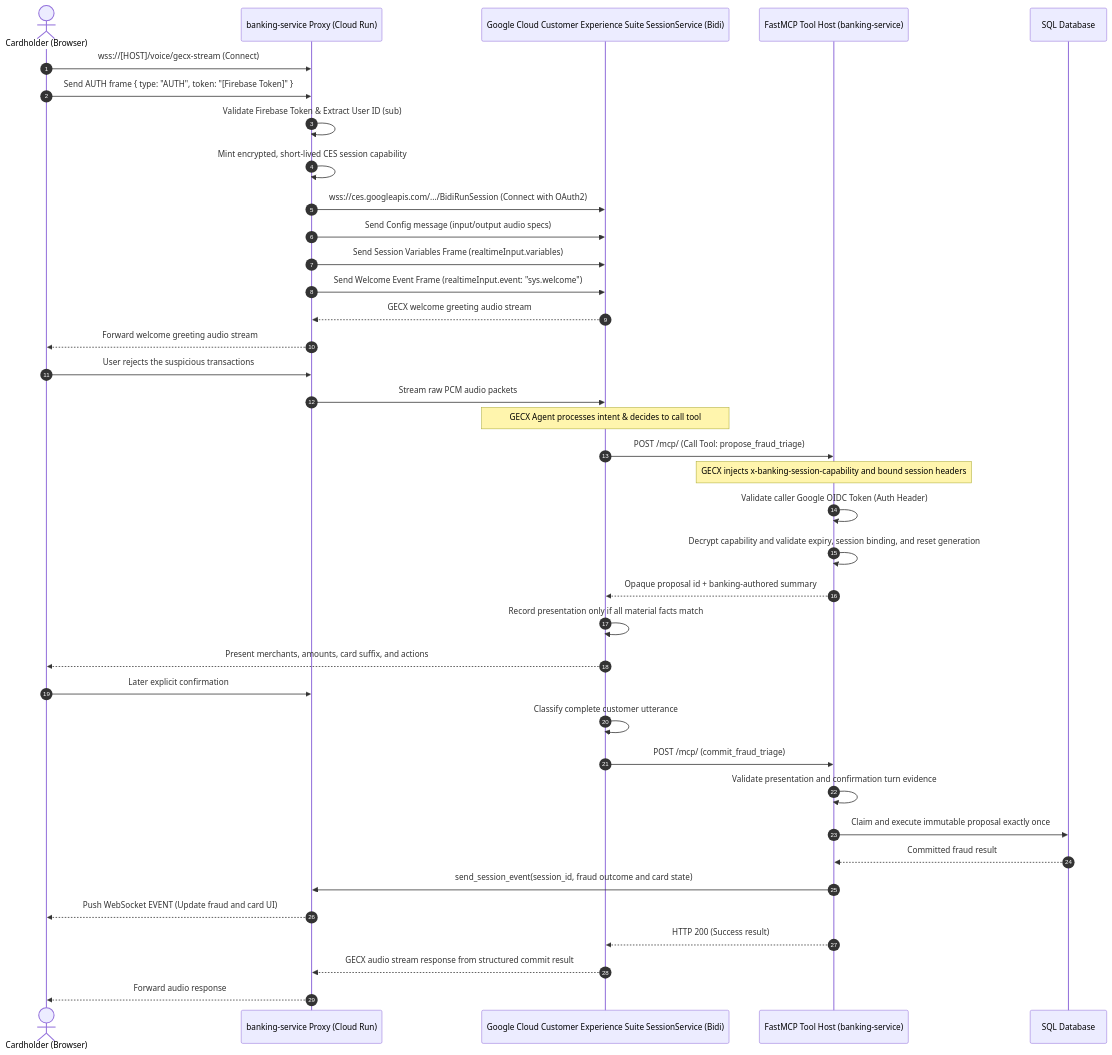
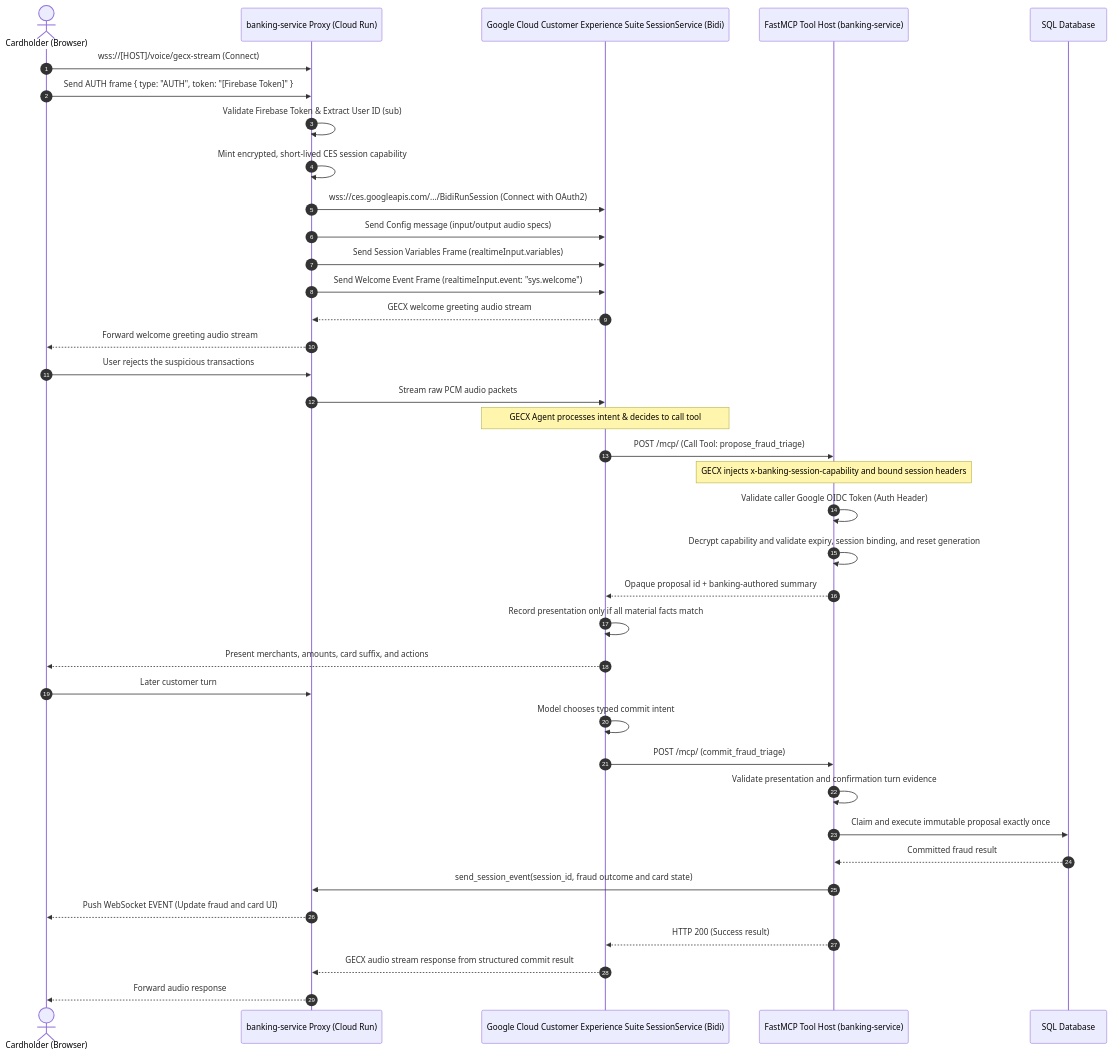
The diagram in docs/architecture/ai-and-voice/gecx_telephony_voice_agent.md (GoogleCloudPlatform/fsi-gecx-bundle), drawn with Mermaid before and after one commit. The commit also changed other lines of this file and 58 other files, not shown here.

````diff
--- a/docs/architecture/ai-and-voice/gecx_telephony_voice_agent.md
+++ b/docs/architecture/ai-and-voice/gecx_telephony_voice_agent.md
@@ -11,52 +11,52 @@
 ```mermaid
 sequenceDiagram
     autonumber
     actor User as Cardholder (Browser)
     participant Proxy as banking-service Proxy (Cloud Run)
     participant GECX as Google Cloud Customer Experience Suite SessionService (Bidi)
     participant MCP as FastMCP Tool Host (banking-service)
     participant DB as SQL Database
 
     User->>Proxy: wss://[HOST]/voice/gecx-stream (Connect)
     User->>Proxy: Send AUTH frame { type: "AUTH", token: "[Firebase Token]" }
     Proxy->>Proxy: Validate Firebase Token & Extract User ID (sub)
     Proxy->>Proxy: Mint encrypted, short-lived CES session capability
     
     Proxy->>GECX: wss://ces.googleapis.com/.../BidiRunSession (Connect with OAuth2)
     Proxy->>GECX: Send Config message (input/output audio specs)
     
     %% Session Variables Gotcha Sequence
     Proxy->>GECX: Send Session Variables Frame (realtimeInput.variables)
     Proxy->>GECX: Send Welcome Event Frame (realtimeInput.event: "sys.welcome")
     
     GECX-->>Proxy: GECX welcome greeting audio stream
     Proxy-->>User: Forward welcome greeting audio stream
     
     User->>Proxy: User rejects the suspicious transactions
     Proxy->>GECX: Stream raw PCM audio packets
     
     Note over GECX: GECX Agent processes intent & decides to call tool
     
     GECX->>MCP: POST /mcp/ (Call Tool: propose_fraud_triage)
     Note over MCP: GECX injects x-banking-session-capability and bound session headers
     
     MCP->>MCP: Validate caller Google OIDC Token (Auth Header)
     MCP->>MCP: Decrypt capability and validate expiry, session binding, and reset generation
     MCP-->>GECX: Opaque proposal id + banking-authored summary
     GECX->>GECX: Record presentation only if all material facts match
     GECX-->>User: Present merchants, amounts, card suffix, and actions
-    User->>Proxy: Later explicit confirmation
-    GECX->>GECX: Classify complete customer utterance
+    User->>Proxy: Later customer turn
+    GECX->>GECX: Model chooses typed commit intent
     GECX->>MCP: POST /mcp/ (commit_fraud_triage)
     MCP->>MCP: Validate presentation and confirmation turn evidence
     MCP->>DB: Claim and execute immutable proposal exactly once
     DB-->>MCP: Committed fraud result
 
     %% OOB UI Sync
     MCP->>Proxy: send_session_event(session_id, fraud outcome and card state)
     Proxy-->>User: Push WebSocket EVENT (Update fraud and card UI)
     
     MCP-->>GECX: HTTP 200 (Success result)
     GECX-->>Proxy: GECX audio stream response from structured commit result
     Proxy-->>User: Forward audio response
 ```
````
